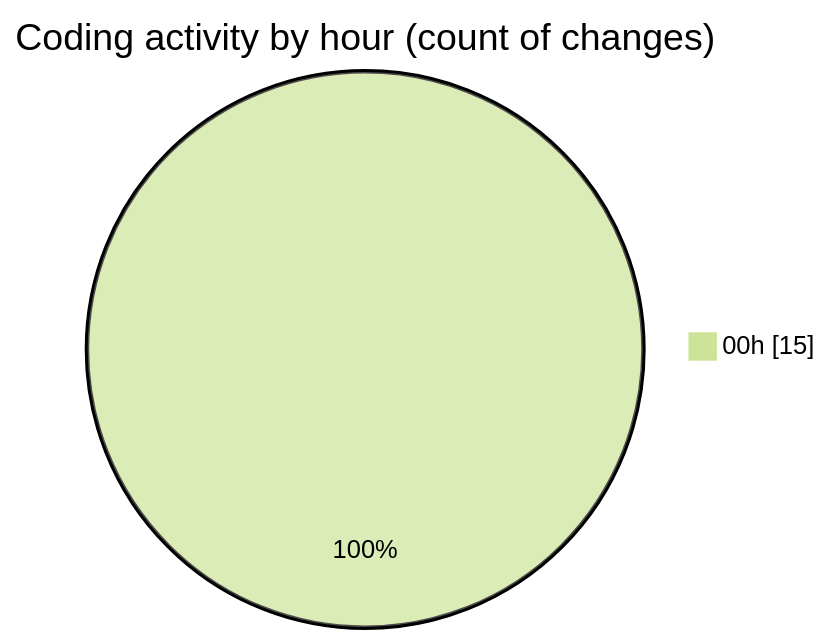
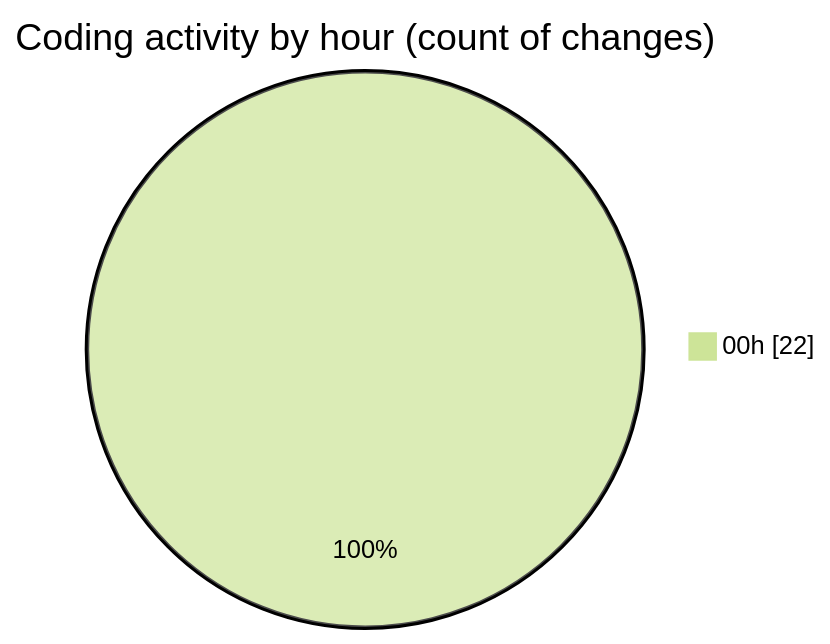
Before and after one commit to EIIisD/code-tracking: the second of 2 diagrams in 2025-07-18/ribbon/README.md, drawn with Mermaid (forest theme). The commit also changed other lines of this file and 1 other file, not shown here.

````diff
--- a/2025-07-18/ribbon/README.md
+++ b/2025-07-18/ribbon/README.md
@@ -30,5 +32,5 @@
 ```mermaid
 pie showData
 title Coding activity by hour (count of changes)
-"00h" : 15
+"00h" : 22
 ```
````
